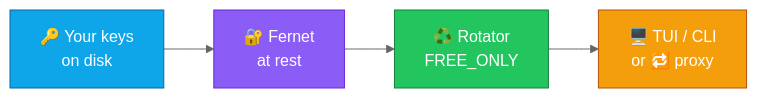
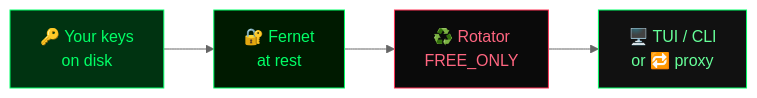
The diagram in README.md (manansbdb/keypool-local), drawn with Mermaid (neutral theme) before and after one commit. The commit also changed other lines of this file and 4 other files, not shown here.

````diff
--- a/README.md
+++ b/README.md
@@ -44,10 +44,10 @@
 ```mermaid
 flowchart LR
   A["🔑 Your keys\non disk"] --> B["🔐 Fernet\nat rest"]
   B --> C["♻️ Rotator\nFREE_ONLY"]
   C --> D["🖥️ TUI / CLI\nor 🔁 proxy"]
-  style A fill:#0ea5e9,stroke:#0369a1,color:#fff
-  style B fill:#8b5cf6,stroke:#6d28d9,color:#fff
-  style C fill:#22c55e,stroke:#15803d,color:#fff
-  style D fill:#f59e0b,stroke:#b45309,color:#fff
+  style A fill:#003311,stroke:#00ff66,color:#00ff66
+  style B fill:#001a00,stroke:#00ff66,color:#00ff66
+  style C fill:#0a0a0a,stroke:#ff3355,color:#ff6680
+  style D fill:#111111,stroke:#00ff66,color:#66ff99
 ```
````
